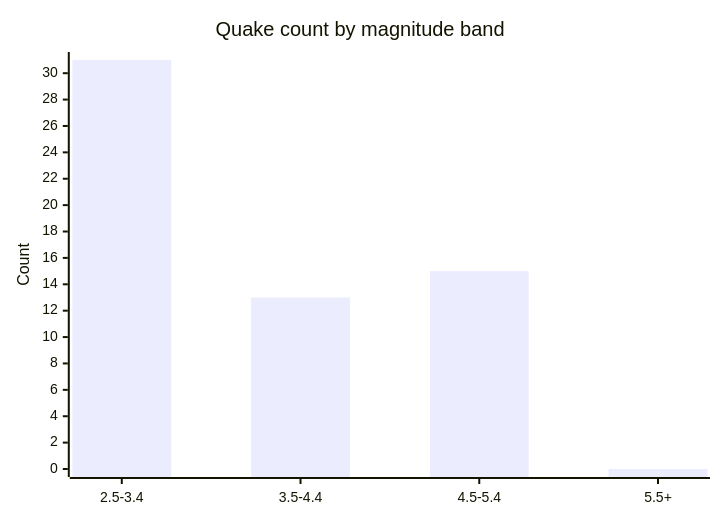
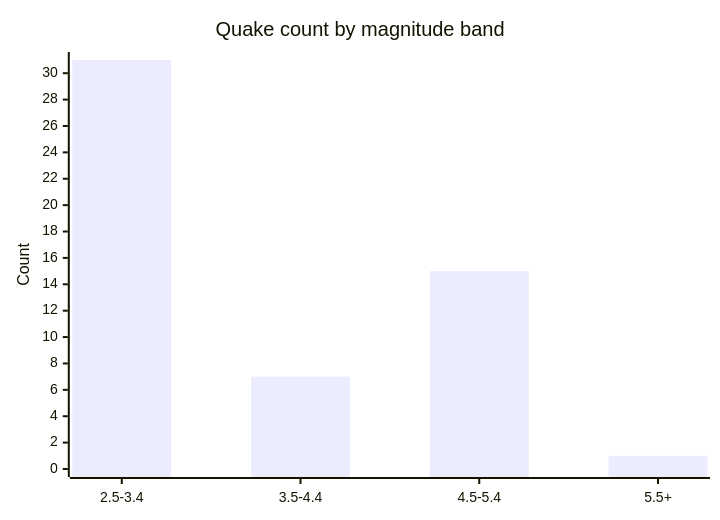
The fifth of 6 diagrams in docs/GRAPHS.md (Midwest-Stratospheric/aerostratospheric-defense-gir), drawn with Mermaid before and after one commit. The commit also changed other lines of this file and 23 other files, not shown here.

````diff
--- a/docs/GRAPHS.md
+++ b/docs/GRAPHS.md
@@ -82,7 +82,7 @@
 ```mermaid
 xychart-beta
   title "Quake count by magnitude band"
   x-axis ["2.5-3.4", "3.5-4.4", "4.5-5.4", "5.5+"]
   y-axis "Count" 0 --> 31
-  bar [31, 13, 15, 0]
+  bar [31, 7, 15, 1]
 ```
````
